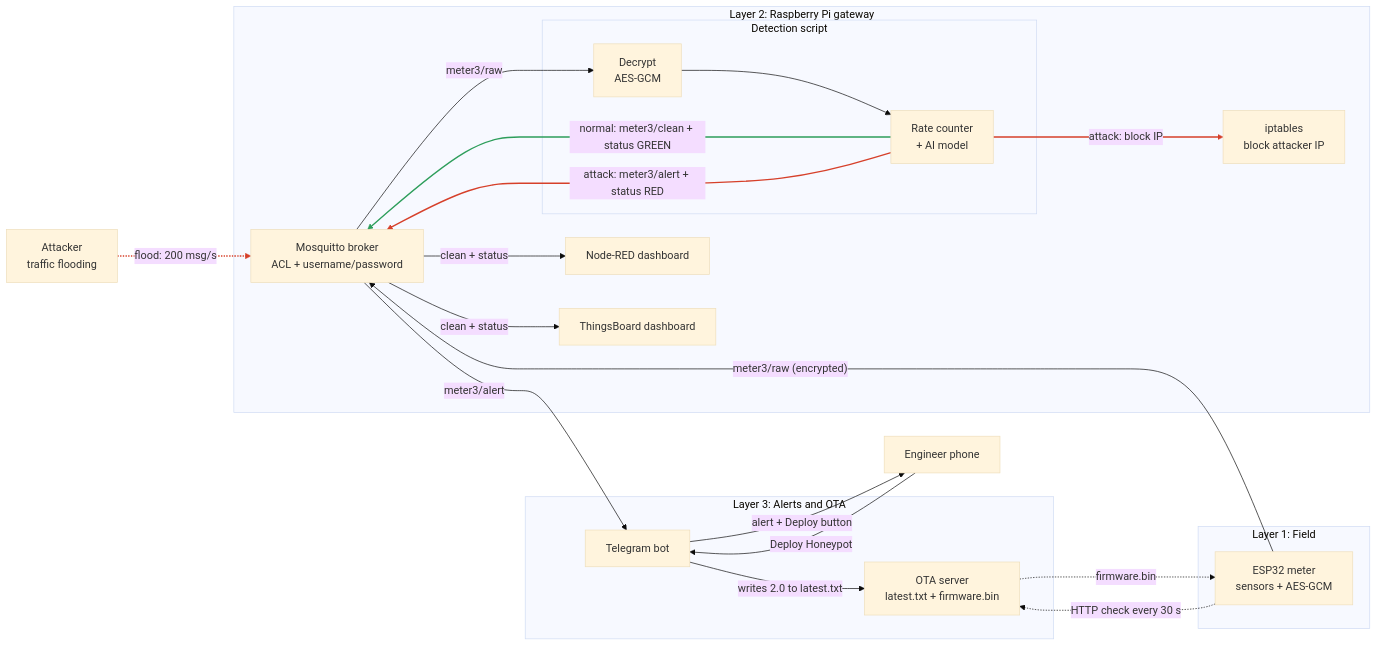
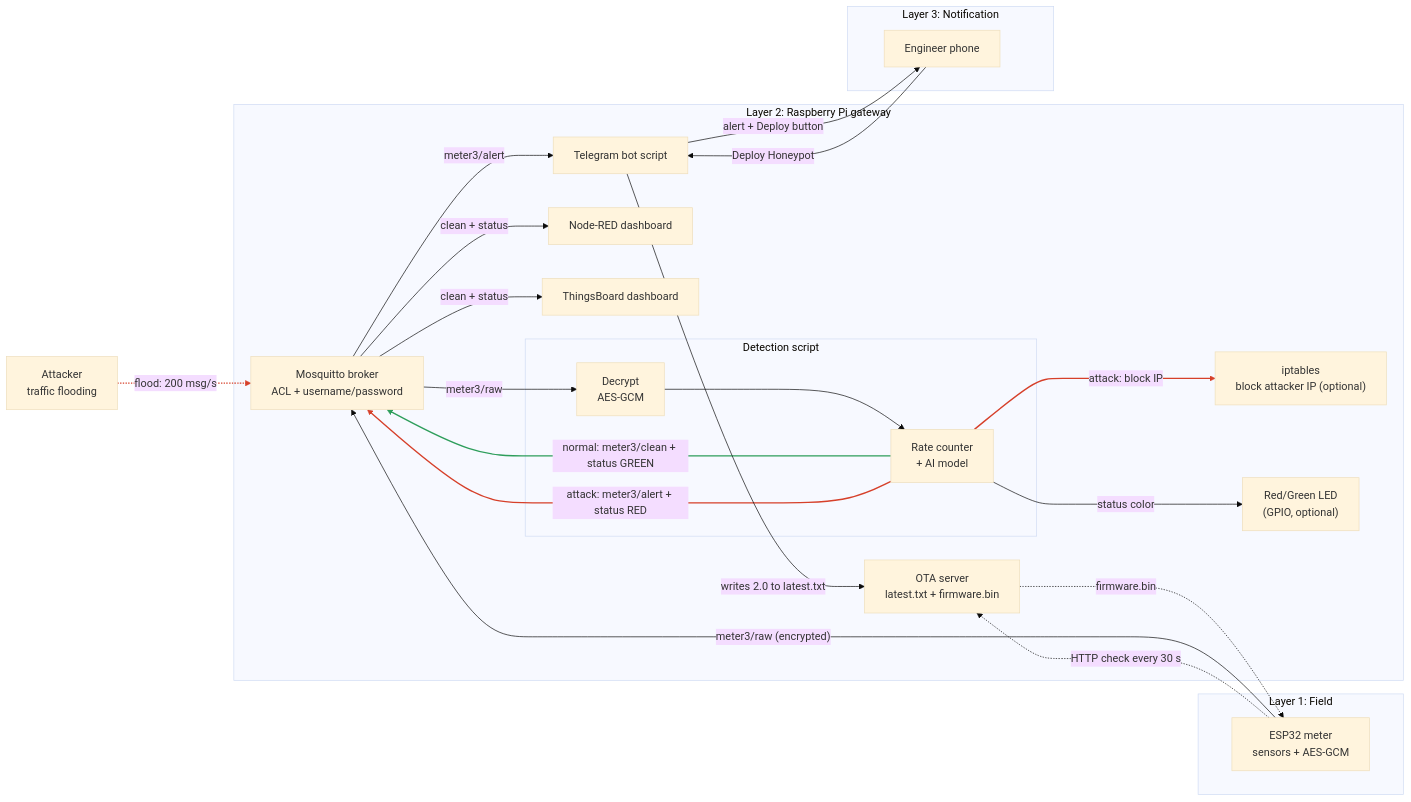
One commit to HaneenHany/Edge-Deception-Gateway changed the diagram in docs/architecture.md. Above: the diagram before and after it, drawn with Mermaid (base theme).

````diff
--- a/docs/architecture.md
+++ b/docs/architecture.md
@@ -7,45 +7,46 @@
 ```mermaid
 flowchart LR
   ATK["Attacker<br/>traffic flooding"]
 
   subgraph L1["Layer 1: Field"]
     ESP["ESP32 meter<br/>sensors + AES-GCM"]
   end
 
   subgraph L2["Layer 2: Raspberry Pi gateway"]
     BR["Mosquitto broker<br/>ACL + username/password"]
     subgraph DET["Detection script"]
       DEC["Decrypt<br/>AES-GCM"]
       AI["Rate counter<br/>+ AI model"]
     end
-    FW["iptables<br/>block attacker IP"]
+    FW["iptables<br/>block attacker IP (optional)"]
+    LED["Red/Green LED<br/>(GPIO, optional)"]
     NR["Node-RED dashboard"]
     TB["ThingsBoard dashboard"]
-  end
-
-  subgraph L3["Layer 3: Alerts and OTA"]
-    BOT["Telegram bot"]
+    BOT["Telegram bot script"]
     OTA["OTA server<br/>latest.txt + firmware.bin"]
   end
 
-  PH["Engineer phone"]
+  subgraph L3["Layer 3: Notification"]
+    PH["Engineer phone"]
+  end
 
   ESP -->|"meter3/raw (encrypted)"| BR
   BR -->|"meter3/raw"| DEC
   DEC --> AI
   AI -->|"normal: meter3/clean + status GREEN"| BR
   AI -->|"attack: meter3/alert + status RED"| BR
   AI -->|"attack: block IP"| FW
   BR -->|"clean + status"| NR
   BR -->|"clean + status"| TB
   BR -->|"meter3/alert"| BOT
   BOT -->|"alert + Deploy button"| PH
   PH -->|"Deploy Honeypot"| BOT
   BOT -->|"writes 2.0 to latest.txt"| OTA
   ESP -.->|"HTTP check every 30 s"| OTA
   OTA -.->|"firmware.bin"| ESP
   ATK -.->|"flood: 200 msg/s"| BR
+  AI -->|"status color"| LED
 
   linkStyle 3 stroke:#2e9e5b,stroke-width:2px
   linkStyle 4,5,14 stroke:#d6402a,stroke-width:2px
 ```
````
